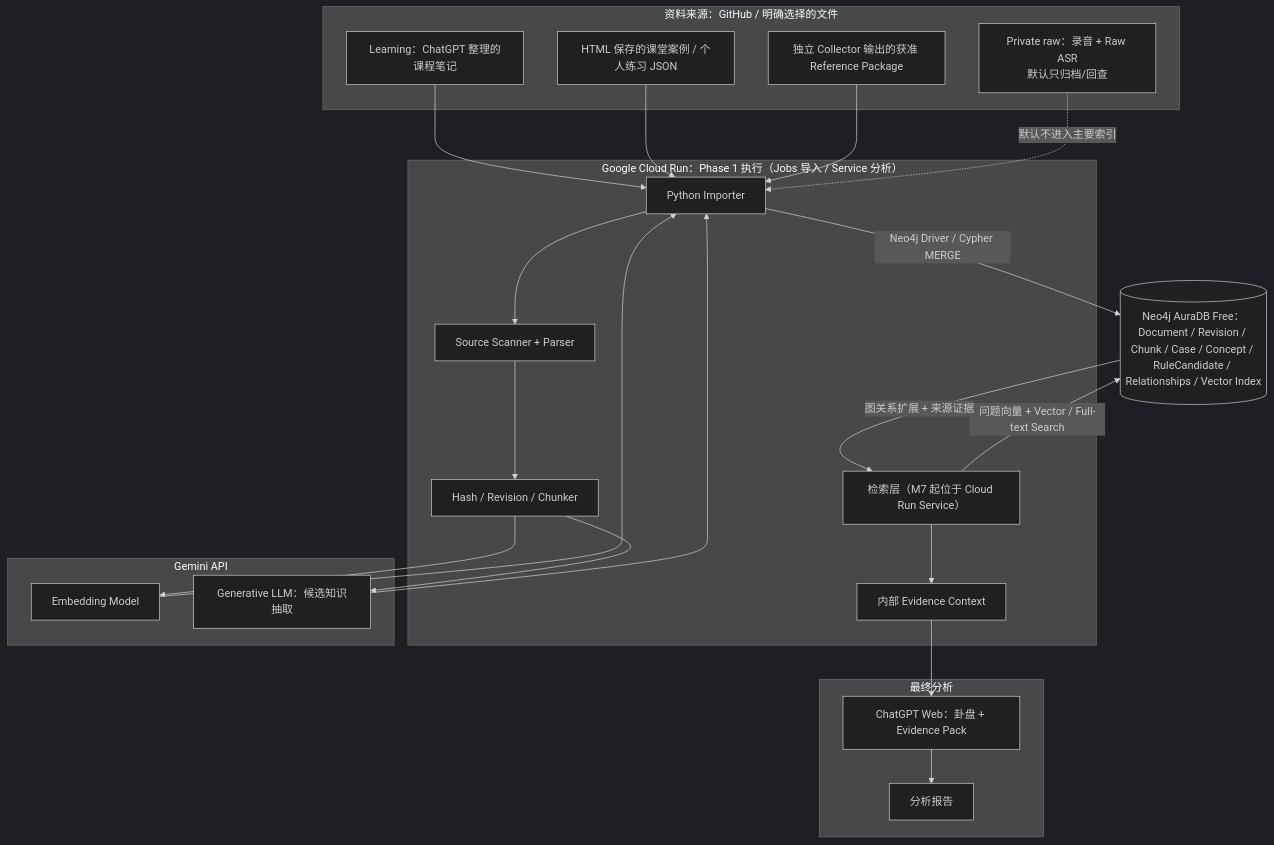
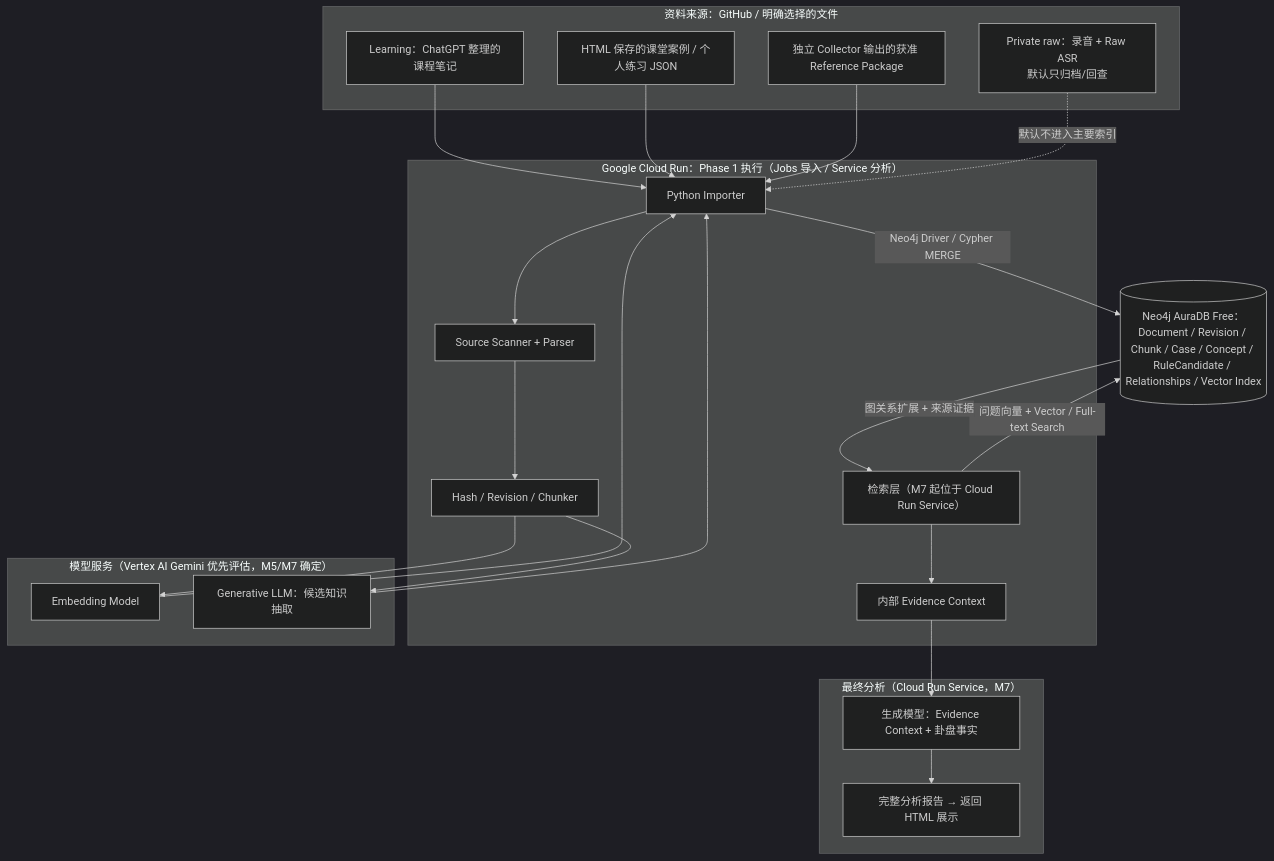
The diagram in docs/phase1-implementation-plan.md (symbi/liuyao-learning-app), drawn with Mermaid (dark theme) before and after one commit. The commit also changed other lines of this file and 5 other files, not shown here.

Commit message:
docs: fix stale pre-cloud architecture text per PR #11 review round 1

```diff
--- a/docs/phase1-implementation-plan.md
+++ b/docs/phase1-implementation-plan.md
@@ -35,43 +35,43 @@
 ~~~mermaid
 flowchart TB
   subgraph SOURCES["资料来源：GitHub / 明确选择的文件"]
     A["Private raw：录音 + Raw ASR<br/>默认只归档/回查"]
     B["Learning：ChatGPT 整理的课程笔记"]
     C["HTML 保存的课堂案例 / 个人练习 JSON"]
     D["独立 Collector 输出的获准 Reference Package"]
   end
 
   subgraph MAC["Google Cloud Run：Phase 1 执行（Jobs 导入 / Service 分析）"]
     I["Python Importer"]
     S["Source Scanner + Parser"]
     H["Hash / Revision / Chunker"]
     E["检索层（M7 起位于 Cloud Run Service）"]
     P["内部 Evidence Context"]
   end
 
-  subgraph MODELS["Gemini API"]
+  subgraph MODELS["模型服务（Vertex AI Gemini 优先评估，M5/M7 确定）"]
     EM["Embedding Model"]
     GL["Generative LLM：候选知识抽取"]
   end
 
   N[("Neo4j AuraDB Free：Document / Revision / Chunk / Case / Concept / RuleCandidate / Relationships / Vector Index")]
 
-  subgraph HUMAN["最终分析"]
-    CHAT["ChatGPT Web：卦盘 + Evidence Pack"]
-    REPORT["分析报告"]
+  subgraph HUMAN["最终分析（Cloud Run Service，M7）"]
+    GEN["生成模型：Evidence Context + 卦盘事实"]
+    REPORT["完整分析报告 → 返回 HTML 展示"]
   end
 
   B --> I
   C --> I
   D --> I
   A -. "默认不进入主要索引" .-> I
   I --> S --> H
   H --> EM
   H --> GL
   EM --> I
   GL --> I
   I -->|"Neo4j Driver / Cypher MERGE"| N
   E -->|"问题向量 + Vector / Full-text Search"| N
   N -->|"图关系扩展 + 来源证据"| E
-  E --> P --> CHAT --> REPORT
+  E --> P --> GEN --> REPORT
 ~~~
```
